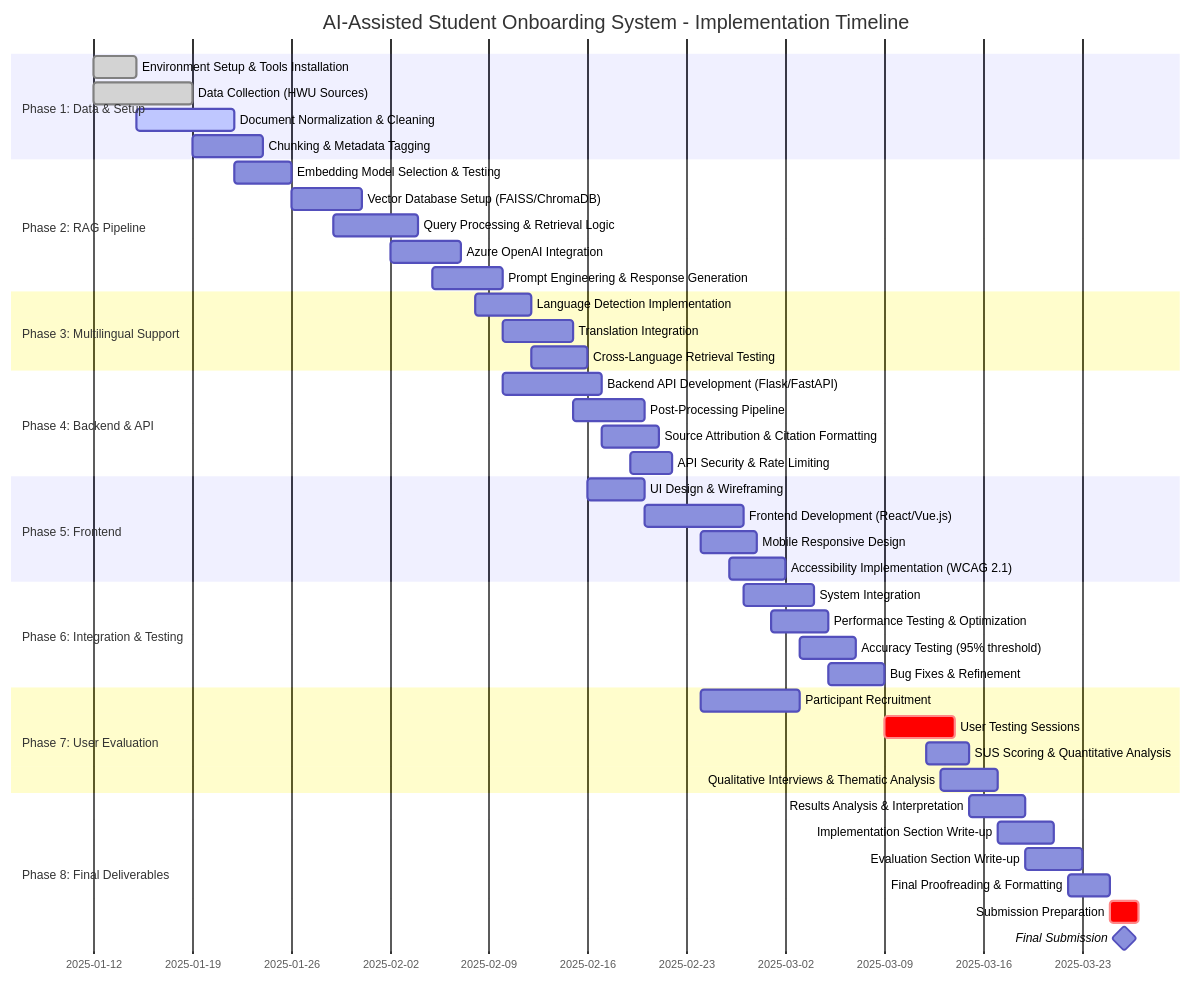
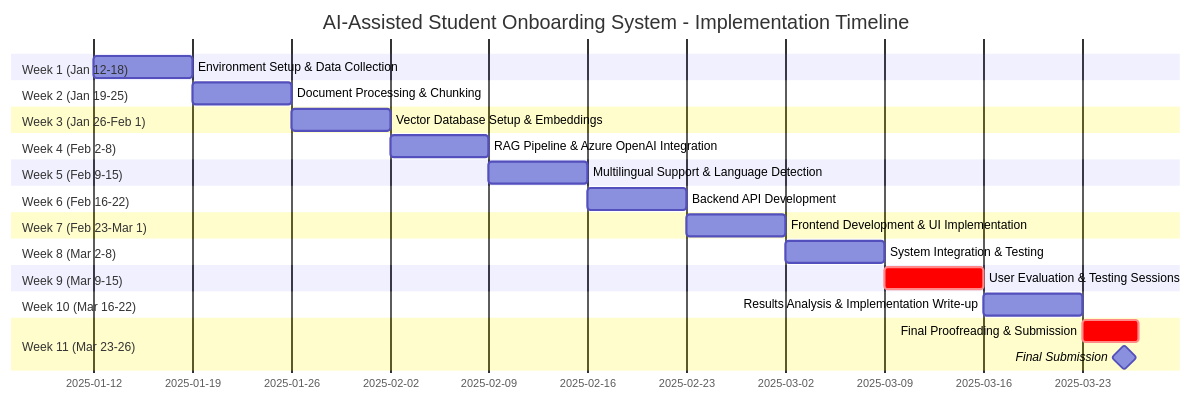
One commit to nm2064/Supporting-new-students-orienting-themselves-on-campus changed the diagram in Gantt Chart/README.md. Above: the diagram before and after it, drawn with Mermaid. The commit also changed other lines of this file, not shown here.

Commit message:
Revise Gantt chart with weekly sections and milestones
Updated the Gantt chart to reflect weekly breakdowns for project phases and added key milestones for user testing and final submission deadlines.

````diff
--- a/Gantt Chart/README.md
+++ b/Gantt Chart/README.md
@@ -7,55 +7,39 @@
 ```mermaid
 gantt
     title AI-Assisted Student Onboarding System - Implementation Timeline
     dateFormat YYYY-MM-DD
 
-    section Phase 1: Data & Setup
-    Environment Setup & Tools Installation           :done, setup, 2025-01-12, 3d
-    Data Collection (HWU Sources)                   :done, data1, 2025-01-12, 7d
-    Document Normalization & Cleaning               :active, data2, 2025-01-15, 7d
-    Chunking & Metadata Tagging                     :data3, 2025-01-19, 5d
+    section Week 1 (Jan 12-18)
+    Environment Setup & Data Collection             :w1, 2025-01-12, 7d
 
-    section Phase 2: RAG Pipeline
-    Embedding Model Selection & Testing             :rag1, 2025-01-22, 4d
-    Vector Database Setup (FAISS/ChromaDB)          :rag2, 2025-01-26, 5d
-    Query Processing & Retrieval Logic              :rag3, 2025-01-29, 6d
-    Azure OpenAI Integration                        :rag4, 2025-02-02, 5d
-    Prompt Engineering & Response Generation        :rag5, 2025-02-05, 5d
+    section Week 2 (Jan 19-25)
+    Document Processing & Chunking                  :w2, 2025-01-19, 7d
 
-    section Phase 3: Multilingual Support
-    Language Detection Implementation               :lang1, 2025-02-08, 4d
-    Translation Integration                         :lang2, 2025-02-10, 5d
-    Cross-Language Retrieval Testing                :lang3, 2025-02-12, 4d
+    section Week 3 (Jan 26-Feb 1)
+    Vector Database Setup & Embeddings              :w3, 2025-01-26, 7d
 
-    section Phase 4: Backend & API
-    Backend API Development (Flask/FastAPI)         :back1, 2025-02-10, 7d
-    Post-Processing Pipeline                        :back2, 2025-02-15, 5d
-    Source Attribution & Citation Formatting        :back3, 2025-02-17, 4d
-    API Security & Rate Limiting                    :back4, 2025-02-19, 3d
+    section Week 4 (Feb 2-8)
+    RAG Pipeline & Azure OpenAI Integration         :w4, 2025-02-02, 7d
 
-    section Phase 5: Frontend
-    UI Design & Wireframing                         :front1, 2025-02-16, 4d
-    Frontend Development (React/Vue.js)             :front2, 2025-02-20, 7d
-    Mobile Responsive Design                        :front3, 2025-02-24, 4d
-    Accessibility Implementation (WCAG 2.1)         :front4, 2025-02-26, 4d
+    section Week 5 (Feb 9-15)
+    Multilingual Support & Language Detection       :w5, 2025-02-09, 7d
 
-    section Phase 6: Integration & Testing
-    System Integration                              :int1, 2025-02-27, 5d
-    Performance Testing & Optimization              :int2, 2025-03-01, 4d
-    Accuracy Testing (95% threshold)                :int3, 2025-03-03, 4d
-    Bug Fixes & Refinement                          :int4, 2025-03-05, 4d
+    section Week 6 (Feb 16-22)
+    Backend API Development                         :w6, 2025-02-16, 7d
 
-    section Phase 7: User Evaluation
-    Participant Recruitment                         :eval1, 2025-02-24, 7d
-    User Testing Sessions                           :crit, eval2, 2025-03-09, 5d
-    SUS Scoring & Quantitative Analysis             :eval3, 2025-03-12, 3d
-    Qualitative Interviews & Thematic Analysis      :eval4, 2025-03-13, 4d
+    section Week 7 (Feb 23-Mar 1)
+    Frontend Development & UI Implementation        :w7, 2025-02-23, 7d
 
-    section Phase 8: Final Deliverables
-    Results Analysis & Interpretation               :final1, 2025-03-15, 4d
-    Implementation Section Write-up                 :final2, 2025-03-17, 4d
-    Evaluation Section Write-up                     :final3, 2025-03-19, 4d
-    Final Proofreading & Formatting                 :final4, 2025-03-22, 3d
-    Submission Preparation                          :crit, final5, 2025-03-25, 2d
+    section Week 8 (Mar 2-8)
+    System Integration & Testing                    :w8, 2025-03-02, 7d
+
+    section Week 9 (Mar 9-15)
+    User Evaluation & Testing Sessions              :crit, w9, 2025-03-09, 7d
+
+    section Week 10 (Mar 16-22)
+    Results Analysis & Implementation Write-up      :w10, 2025-03-16, 7d
+
+    section Week 11 (Mar 23-26)
+    Final Proofreading & Submission                 :crit, w11, 2025-03-23, 4d
     Final Submission                                :milestone, submit, 2025-03-26, 0d
 ```
````
